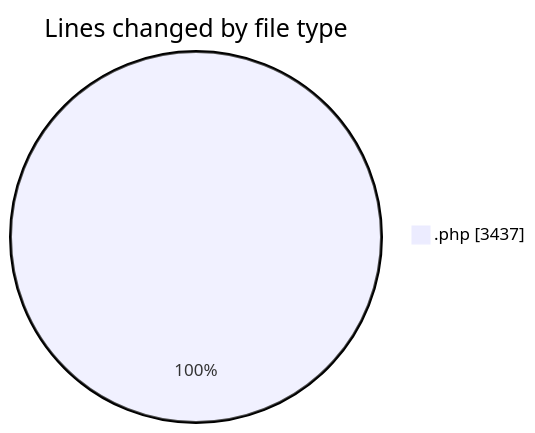
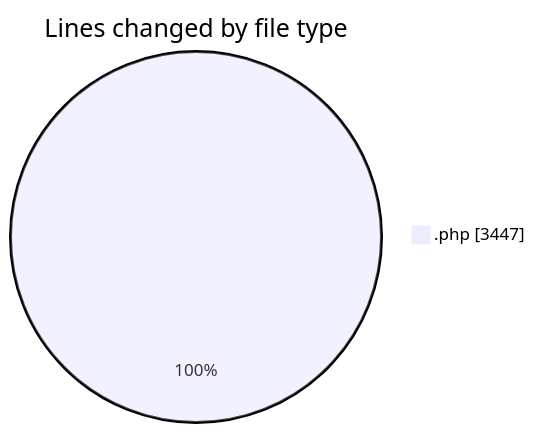
One commit to debugP/code-tracking changed the first of 2 diagrams in 2025-10-21/untitled__workspace_/README.md. Above: the diagram before and after it, drawn with Mermaid. The commit also changed other lines of this file and 1 other file, not shown here.

````diff
--- a/2025-10-21/untitled__workspace_/README.md
+++ b/2025-10-21/untitled__workspace_/README.md
@@ -20,5 +20,5 @@
 ```mermaid
 pie showData
 title Lines changed by file type
-".php" : 3437
+".php" : 3447
 ```
````
